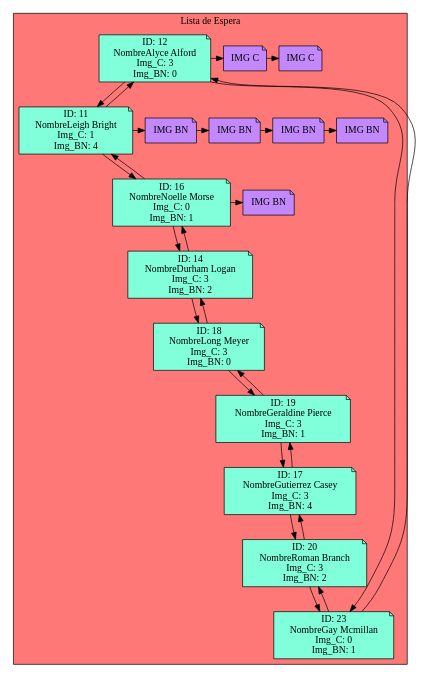
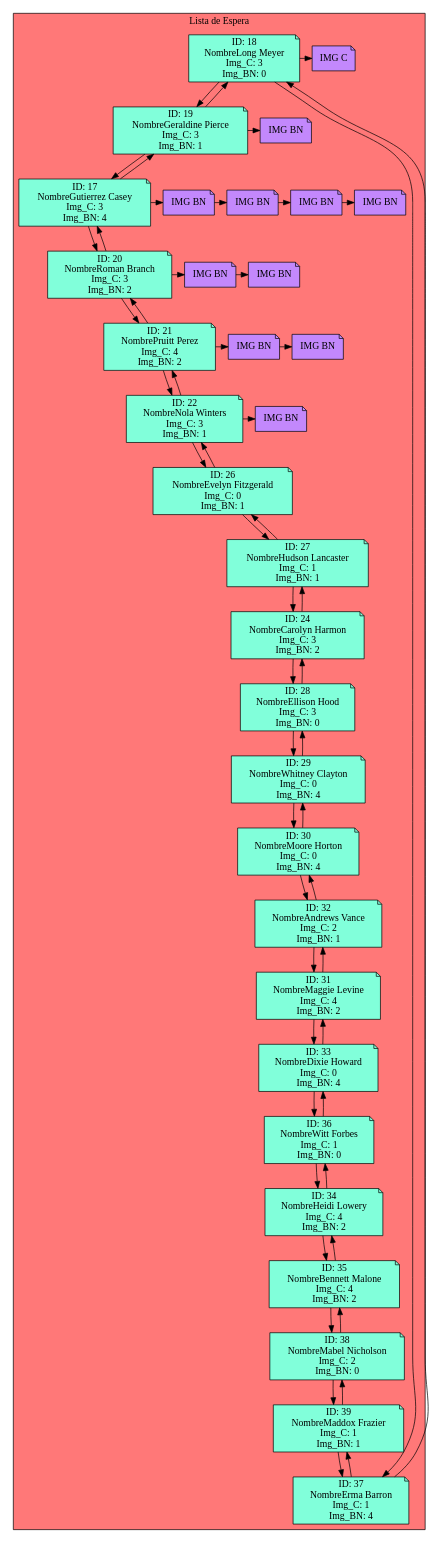
One commit to Serch-ING/EDD_UDRAWING_202000119 changed the diagram in Circular_Doble_espera.dot. Above: the diagram before and after it, drawn with Graphviz. The commit also changed 15 other files, not shown here.

```diff
--- a/Circular_Doble_espera.dot
+++ b/Circular_Doble_espera.dot
@@ -3,92 +3,204 @@
 subgraph cluster_p{
     label= "Lista de Espera "
     bgcolor = "#FF7878"
-Nodo150268540[label="ID: 12
-NombreAlyce Alford
-Img_C: 3
-Img_BN: 0",fillcolor="#81FFDA"]
-Nodo1470344997[label="ID: 11
-NombreLeigh Bright
-Img_C: 1
-Img_BN: 4",fillcolor="#81FFDA"]
-Nodo29183965[label="ID: 16
-NombreNoelle Morse
-Img_C: 0
-Img_BN: 1",fillcolor="#81FFDA"]
-Nodo310623126[label="ID: 14
-NombreDurham Logan
-Img_C: 3
-Img_BN: 2",fillcolor="#81FFDA"]
-Nodo341796579[label="ID: 18
+Nodo891093184[label="ID: 18
 NombreLong Meyer
 Img_C: 3
 Img_BN: 0",fillcolor="#81FFDA"]
-Nodo1297978429[label="ID: 19
+Nodo1550207152[label="ID: 19
 NombreGeraldine Pierce
 Img_C: 3
 Img_BN: 1",fillcolor="#81FFDA"]
-Nodo915349526[label="ID: 17
+Nodo1223867739[label="ID: 17
 NombreGutierrez Casey
 Img_C: 3
 Img_BN: 4",fillcolor="#81FFDA"]
-Nodo1710989308[label="ID: 20
+Nodo2073621255[label="ID: 20
 NombreRoman Branch
 Img_C: 3
 Img_BN: 2",fillcolor="#81FFDA"]
-Nodo1578009262[label="ID: 23
-NombreGay Mcmillan
+Nodo1092572064[label="ID: 21
+NombrePruitt Perez
+Img_C: 4
+Img_BN: 2",fillcolor="#81FFDA"]
+Nodo728885526[label="ID: 22
+NombreNola Winters
+Img_C: 3
+Img_BN: 1",fillcolor="#81FFDA"]
+Nodo1083021083[label="ID: 26
+NombreEvelyn Fitzgerald
 Img_C: 0
 Img_BN: 1",fillcolor="#81FFDA"]
+Nodo1423561005[label="ID: 27
+NombreHudson Lancaster
+Img_C: 1
+Img_BN: 1",fillcolor="#81FFDA"]
+Nodo943870983[label="ID: 24
+NombreCarolyn Harmon
+Img_C: 3
+Img_BN: 2",fillcolor="#81FFDA"]
+Nodo135640095[label="ID: 28
+NombreEllison Hood
+Img_C: 3
+Img_BN: 0",fillcolor="#81FFDA"]
+Nodo109228794[label="ID: 29
+NombreWhitney Clayton
+Img_C: 0
+Img_BN: 4",fillcolor="#81FFDA"]
+Nodo1052195003[label="ID: 30
+NombreMoore Horton
+Img_C: 0
+Img_BN: 4",fillcolor="#81FFDA"]
+Nodo2125238280[label="ID: 32
+NombreAndrews Vance
+Img_C: 2
+Img_BN: 1",fillcolor="#81FFDA"]
+Nodo2030538903[label="ID: 31
+NombreMaggie Levine
+Img_C: 4
+Img_BN: 2",fillcolor="#81FFDA"]
+Nodo471579726[label="ID: 33
+NombreDixie Howard
+Img_C: 0
+Img_BN: 4",fillcolor="#81FFDA"]
+Nodo978508707[label="ID: 36
+NombreWitt Forbes
+Img_C: 1
+Img_BN: 0",fillcolor="#81FFDA"]
+Nodo593687897[label="ID: 34
+NombreHeidi Lowery
+Img_C: 4
+Img_BN: 2",fillcolor="#81FFDA"]
+Nodo131206411[label="ID: 35
+NombreBennett Malone
+Img_C: 4
+Img_BN: 2",fillcolor="#81FFDA"]
+Nodo2012330741[label="ID: 38
+NombreMabel Nicholson
+Img_C: 2
+Img_BN: 0",fillcolor="#81FFDA"]
+Nodo1136768342[label="ID: 39
+NombreMaddox Frazier
+Img_C: 1
+Img_BN: 1",fillcolor="#81FFDA"]
+Nodo1484673893[label="ID: 37
+NombreErma Barron
+Img_C: 1
+Img_BN: 4",fillcolor="#81FFDA"]
 
-Nodo150268540 -> Nodo1470344997
+Nodo891093184 -> Nodo1550207152
 
-Nodo1470344997 -> Nodo150268540
-Nodo150268540->Nodo15026854011111
-Nodo15026854011111[label="IMG C",fillcolor="#C388FC"]Nodo15026854011111->Nodo15026854011112
-Nodo15026854011112[label="IMG C",fillcolor="#C388FC"]
-{rank=same;Nodo150268540,Nodo15026854011111,Nodo15026854011112}
-Nodo1470344997 -> Nodo29183965
+Nodo1550207152 -> Nodo891093184
+Nodo891093184->Nodo89109318411111
+Nodo89109318411111[label="IMG C",fillcolor="#C388FC"]
+{rank=same;Nodo891093184,Nodo89109318411111}
+Nodo1550207152 -> Nodo1223867739
 
-Nodo29183965 -> Nodo1470344997
-Nodo1470344997->Nodo147034499700001
-Nodo147034499700001[label="IMG BN",fillcolor="#C388FC"]Nodo147034499700001->Nodo147034499700002
-Nodo147034499700002[label="IMG BN",fillcolor="#C388FC"]Nodo147034499700002->Nodo147034499700003
-Nodo147034499700003[label="IMG BN",fillcolor="#C388FC"]Nodo147034499700003->Nodo147034499700004
-Nodo147034499700004[label="IMG BN",fillcolor="#C388FC"]
-{rank=same;Nodo1470344997,Nodo147034499700001,Nodo147034499700002,Nodo147034499700003,Nodo147034499700004}
-Nodo29183965 -> Nodo310623126
+Nodo1223867739 -> Nodo1550207152
+Nodo1550207152->Nodo155020715200001
+Nodo155020715200001[label="IMG BN",fillcolor="#C388FC"]
+{rank=same;Nodo1550207152,Nodo155020715200001}
+Nodo1223867739 -> Nodo2073621255
 
-Nodo310623126 -> Nodo29183965
-Nodo29183965->Nodo2918396500001
-Nodo2918396500001[label="IMG BN",fillcolor="#C388FC"]
-{rank=same;Nodo29183965,Nodo2918396500001}
-Nodo310623126 -> Nodo341796579
+Nodo2073621255 -> Nodo1223867739
+Nodo1223867739->Nodo122386773900001
+Nodo122386773900001[label="IMG BN",fillcolor="#C388FC"]Nodo122386773900001->Nodo122386773900002
+Nodo122386773900002[label="IMG BN",fillcolor="#C388FC"]Nodo122386773900002->Nodo122386773900003
+Nodo122386773900003[label="IMG BN",fillcolor="#C388FC"]Nodo122386773900003->Nodo122386773900004
+Nodo122386773900004[label="IMG BN",fillcolor="#C388FC"]
+{rank=same;Nodo1223867739,Nodo122386773900001,Nodo122386773900002,Nodo122386773900003,Nodo122386773900004}
+Nodo2073621255 -> Nodo1092572064
 
-Nodo341796579 -> Nodo310623126
+Nodo1092572064 -> Nodo2073621255
+Nodo2073621255->Nodo207362125500001
+Nodo207362125500001[label="IMG BN",fillcolor="#C388FC"]Nodo207362125500001->Nodo207362125500002
+Nodo207362125500002[label="IMG BN",fillcolor="#C388FC"]
+{rank=same;Nodo2073621255,Nodo207362125500001,Nodo207362125500002}
+Nodo1092572064 -> Nodo728885526
 
-{rank=same;Nodo310623126}
-Nodo341796579 -> Nodo1297978429
+Nodo728885526 -> Nodo1092572064
+Nodo1092572064->Nodo109257206400001
+Nodo109257206400001[label="IMG BN",fillcolor="#C388FC"]Nodo109257206400001->Nodo109257206400002
+Nodo109257206400002[label="IMG BN",fillcolor="#C388FC"]
+{rank=same;Nodo1092572064,Nodo109257206400001,Nodo109257206400002}
+Nodo728885526 -> Nodo1083021083
 
-Nodo1297978429 -> Nodo341796579
+Nodo1083021083 -> Nodo728885526
+Nodo728885526->Nodo72888552600001
+Nodo72888552600001[label="IMG BN",fillcolor="#C388FC"]
+{rank=same;Nodo728885526,Nodo72888552600001}
+Nodo1083021083 -> Nodo1423561005
 
-{rank=same;Nodo341796579}
-Nodo1297978429 -> Nodo915349526
+Nodo1423561005 -> Nodo1083021083
 
-Nodo915349526 -> Nodo1297978429
+{rank=same;Nodo1083021083}
+Nodo1423561005 -> Nodo943870983
 
-{rank=same;Nodo1297978429}
-Nodo915349526 -> Nodo1710989308
+Nodo943870983 -> Nodo1423561005
 
-Nodo1710989308 -> Nodo915349526
+{rank=same;Nodo1423561005}
+Nodo943870983 -> Nodo135640095
 
-{rank=same;Nodo915349526}
-Nodo1710989308 -> Nodo1578009262
+Nodo135640095 -> Nodo943870983
 
-Nodo1578009262 -> Nodo1710989308
+{rank=same;Nodo943870983}
+Nodo135640095 -> Nodo109228794
 
-{rank=same;Nodo1710989308}
-Nodo1578009262 -> Nodo150268540
+Nodo109228794 -> Nodo135640095
 
-Nodo150268540 -> Nodo1578009262
+{rank=same;Nodo135640095}
+Nodo109228794 -> Nodo1052195003
 
-{rank=same;Nodo1578009262}}}
+Nodo1052195003 -> Nodo109228794
+
+{rank=same;Nodo109228794}
+Nodo1052195003 -> Nodo2125238280
+
+Nodo2125238280 -> Nodo1052195003
+
+{rank=same;Nodo1052195003}
+Nodo2125238280 -> Nodo2030538903
+
+Nodo2030538903 -> Nodo2125238280
+
+{rank=same;Nodo2125238280}
+Nodo2030538903 -> Nodo471579726
+
+Nodo471579726 -> Nodo2030538903
+
+{rank=same;Nodo2030538903}
+Nodo471579726 -> Nodo978508707
+
+Nodo978508707 -> Nodo471579726
+
+{rank=same;Nodo471579726}
+Nodo978508707 -> Nodo593687897
+
+Nodo593687897 -> Nodo978508707
+
+{rank=same;Nodo978508707}
+Nodo593687897 -> Nodo131206411
+
+Nodo131206411 -> Nodo593687897
+
+{rank=same;Nodo593687897}
+Nodo131206411 -> Nodo2012330741
+
+Nodo2012330741 -> Nodo131206411
+
+{rank=same;Nodo131206411}
+Nodo2012330741 -> Nodo1136768342
+
+Nodo1136768342 -> Nodo2012330741
+
+{rank=same;Nodo2012330741}
+Nodo1136768342 -> Nodo1484673893
+
+Nodo1484673893 -> Nodo1136768342
+
+{rank=same;Nodo1136768342}
+Nodo1484673893 -> Nodo891093184
+
+Nodo891093184 -> Nodo1484673893
+
+{rank=same;Nodo1484673893}}}
```
